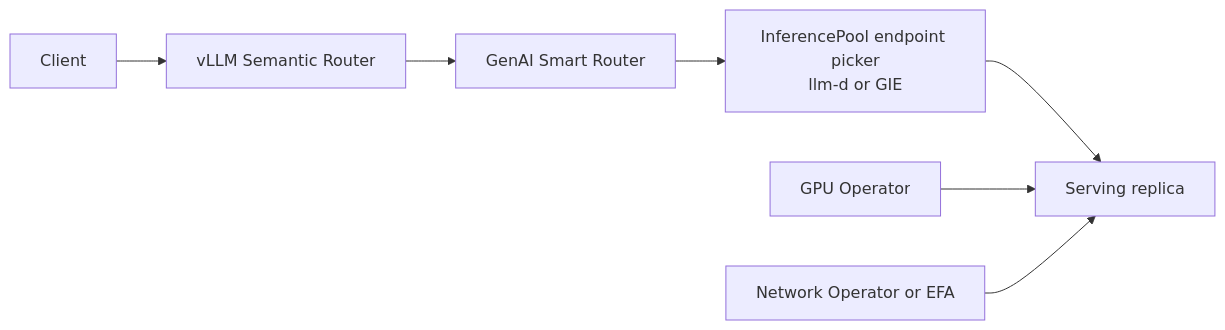
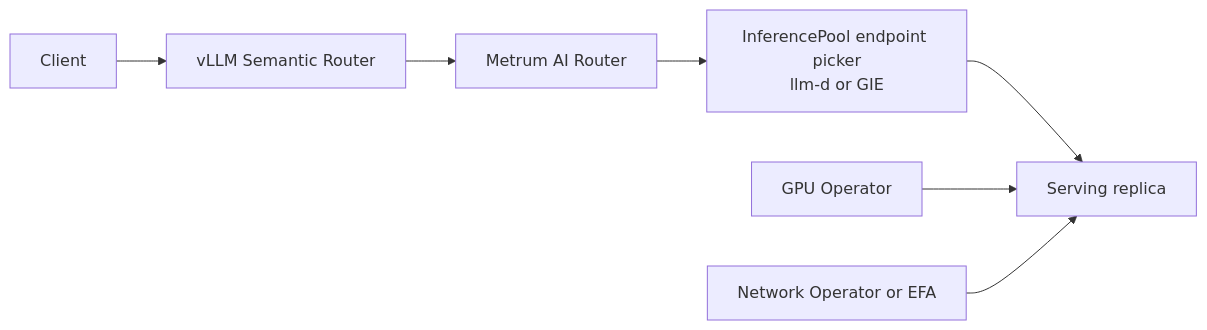
The diagram in docs/specs/kubernetes-deployment.md (Metrum-AI-Products/genai-smart-router), drawn with Mermaid before and after one commit. The commit also changed other lines of this file and 43 other files, not shown here.

Commit message:
docs: standardize internal Metrum AI Router branding

````diff
--- a/docs/specs/kubernetes-deployment.md
+++ b/docs/specs/kubernetes-deployment.md
@@ -86,9 +86,9 @@
 ```mermaid
 flowchart LR
     Client[Client] --> Semantic[vLLM Semantic Router]
-    Semantic --> Router[GenAI Smart Router]
+    Semantic --> Router[Metrum AI Router]
     Router --> Pool[InferencePool endpoint picker\nllm-d or GIE]
     Pool --> Replica[Serving replica]
     GPU[GPU Operator] --> Replica
     Network[Network Operator or EFA] --> Replica
 ```
````
